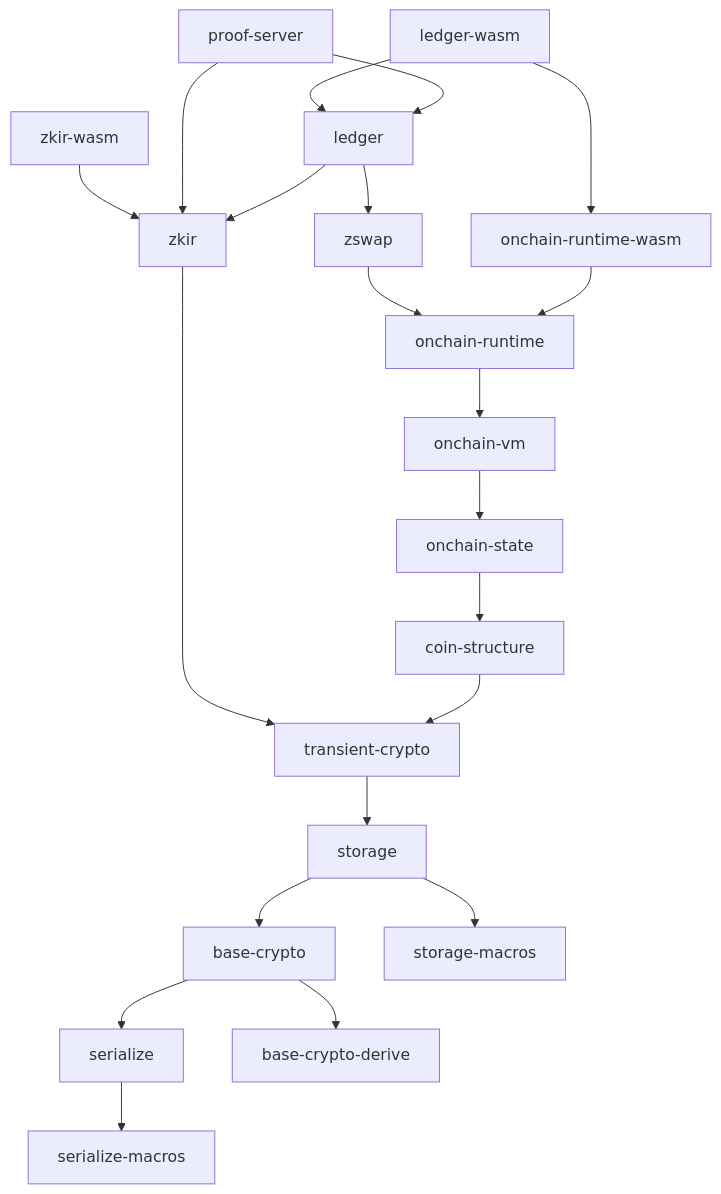
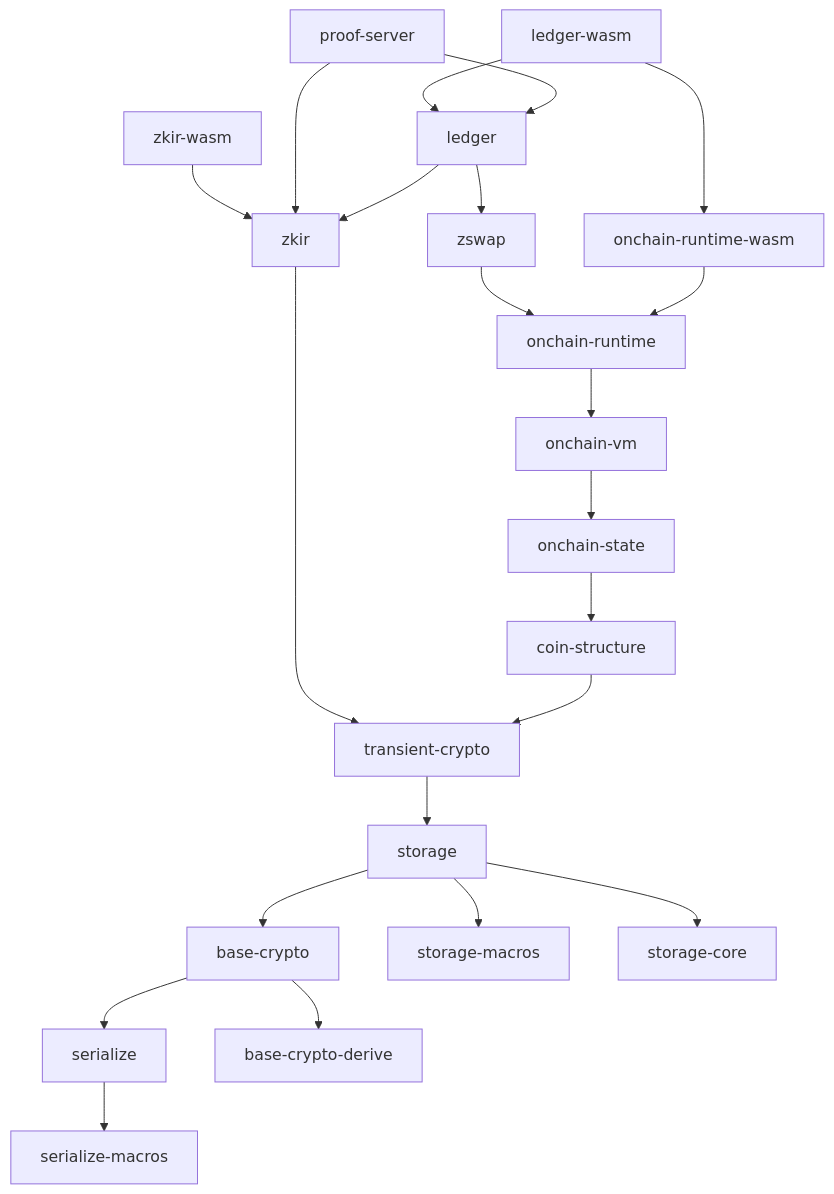
Before and after one commit to midnightntwrk/midnight-ledger: the diagram in README.md, drawn with Mermaid. The commit also changed other lines of this file and 9 other files, not shown here.

````diff
--- a/README.md
+++ b/README.md
@@ -83,23 +83,24 @@
 ```mermaid
 graph TD;
     ledger-wasm-->ledger;
     ledger-wasm-->onchain-runtime-wasm;
     zkir-wasm-->zkir;
     proof-server-->ledger;
     proof-server-->zkir;
     ledger-->zswap;
     ledger-->zkir;
     zswap-->onchain-runtime;
     zkir-->transient-crypto;
     onchain-runtime-wasm-->onchain-runtime;
     onchain-runtime-->onchain-vm;
     onchain-vm-->onchain-state;
     onchain-state-->coin-structure;
     coin-structure-->transient-crypto;
     transient-crypto-->storage;
     storage-->base-crypto;
     storage-->storage-macros;
+    storage-->storage-core;
     base-crypto-->serialize;
     base-crypto-->base-crypto-derive;
     serialize-->serialize-macros;
 ```
````
